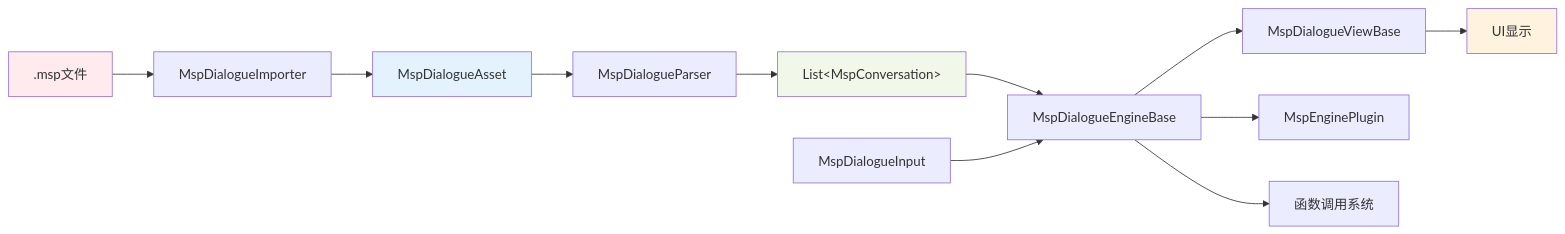
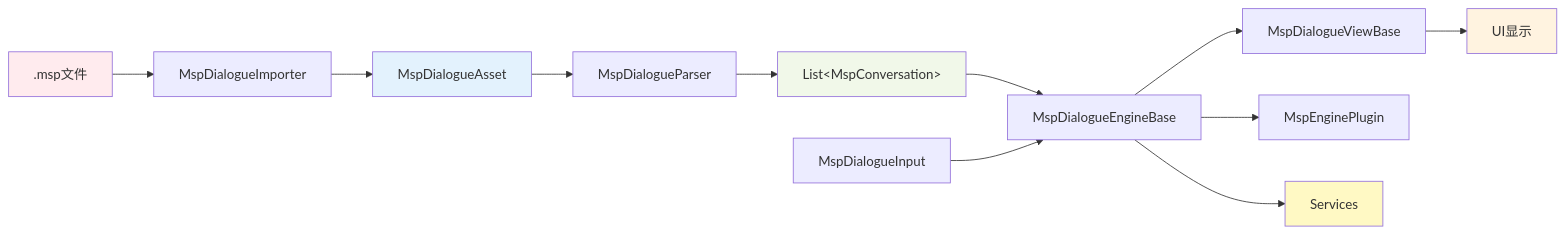
One commit to Furry-Monster/MSpeaker changed the second of 5 diagrams in Structure-Mermaid.md. Above: the diagram before and after it, drawn with Mermaid. The commit also changed other lines of this file and 30 other files, not shown here.

````diff
--- a/Structure-Mermaid.md
+++ b/Structure-Mermaid.md
@@ -75,18 +95,19 @@
 ```mermaid
 flowchart LR
     A[.msp文件] --> B[MspDialogueImporter]
     B --> C[MspDialogueAsset]
     C --> D[MspDialogueParser]
     D --> E[List&lt;MspConversation&gt;]
     E --> F[MspDialogueEngineBase]
     F --> G[MspDialogueViewBase]
     G --> H[UI显示]
     F --> I[MspEnginePlugin]
-    F --> J[函数调用系统]
+    F --> J[Services]
     K[MspDialogueInput] --> F
 
     style A fill:#ffebee
     style C fill:#e3f2fd
     style E fill:#f1f8e9
     style H fill:#fff3e0
+    style J fill:#fff9c4
 ```
````
